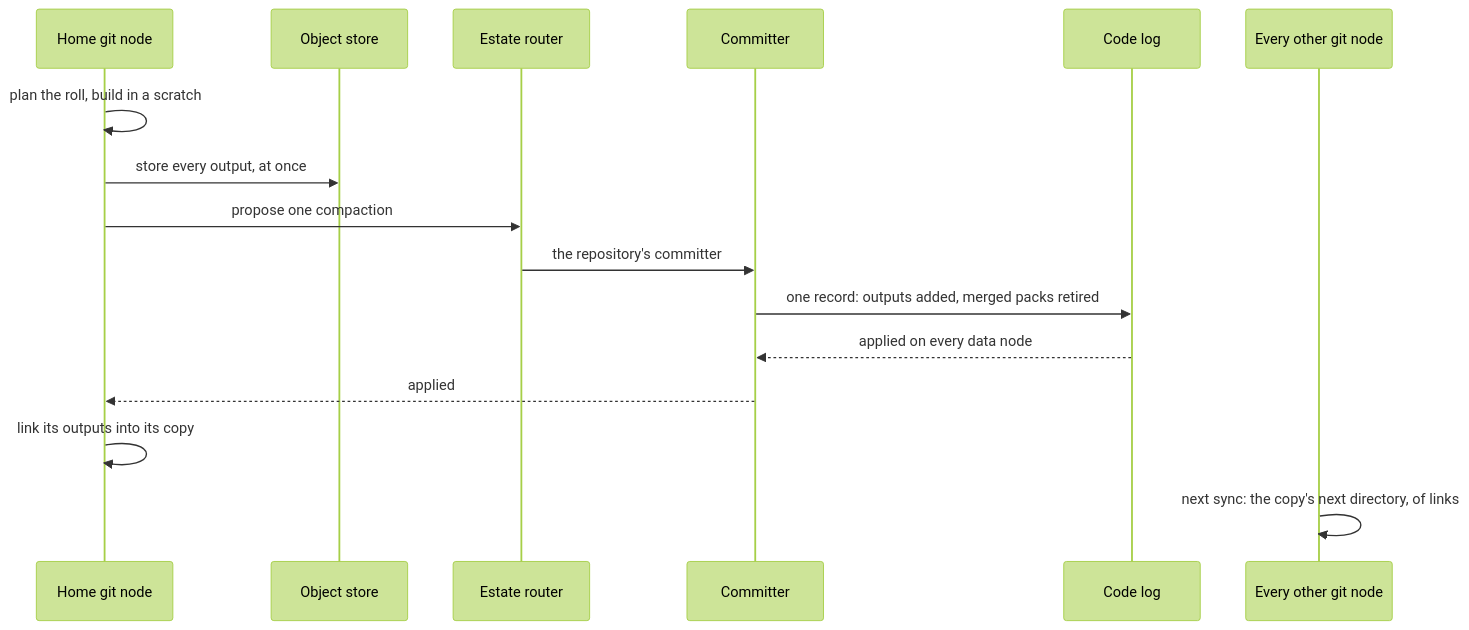
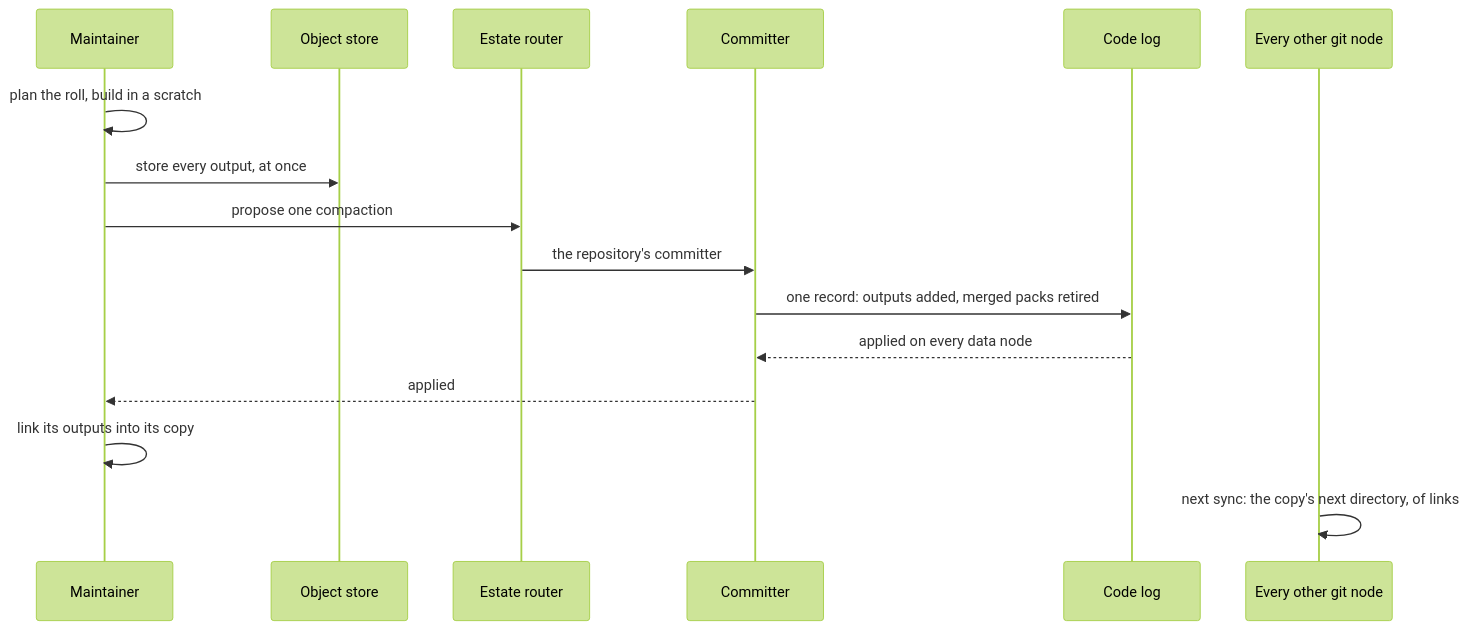
The third of 5 diagrams in docs/concepts/code-host.md (crewlet/crewlet), drawn with Mermaid (forest theme) before and after one commit. The commit also changed other lines of this file and 89 other files, not shown here.

````diff
--- a/docs/concepts/code-host.md
+++ b/docs/concepts/code-host.md
@@ -675,18 +678,18 @@
 ```mermaid
 sequenceDiagram
-    participant H as Home git node
+    participant H as Maintainer
     participant S as Object store
     participant R as Estate router
     participant C as Committer
     participant L as Code log
     participant G as Every other git node
     H->>H: plan the roll, build in a scratch
     H->>S: store every output, at once
     H->>R: propose one compaction
     R->>C: the repository's committer
     C->>L: one record: outputs added, merged packs retired
     L-->>C: applied on every data node
     C-->>H: applied
     H->>H: link its outputs into its copy
     G->>G: next sync: the copy's next directory, of links
 ```
````
